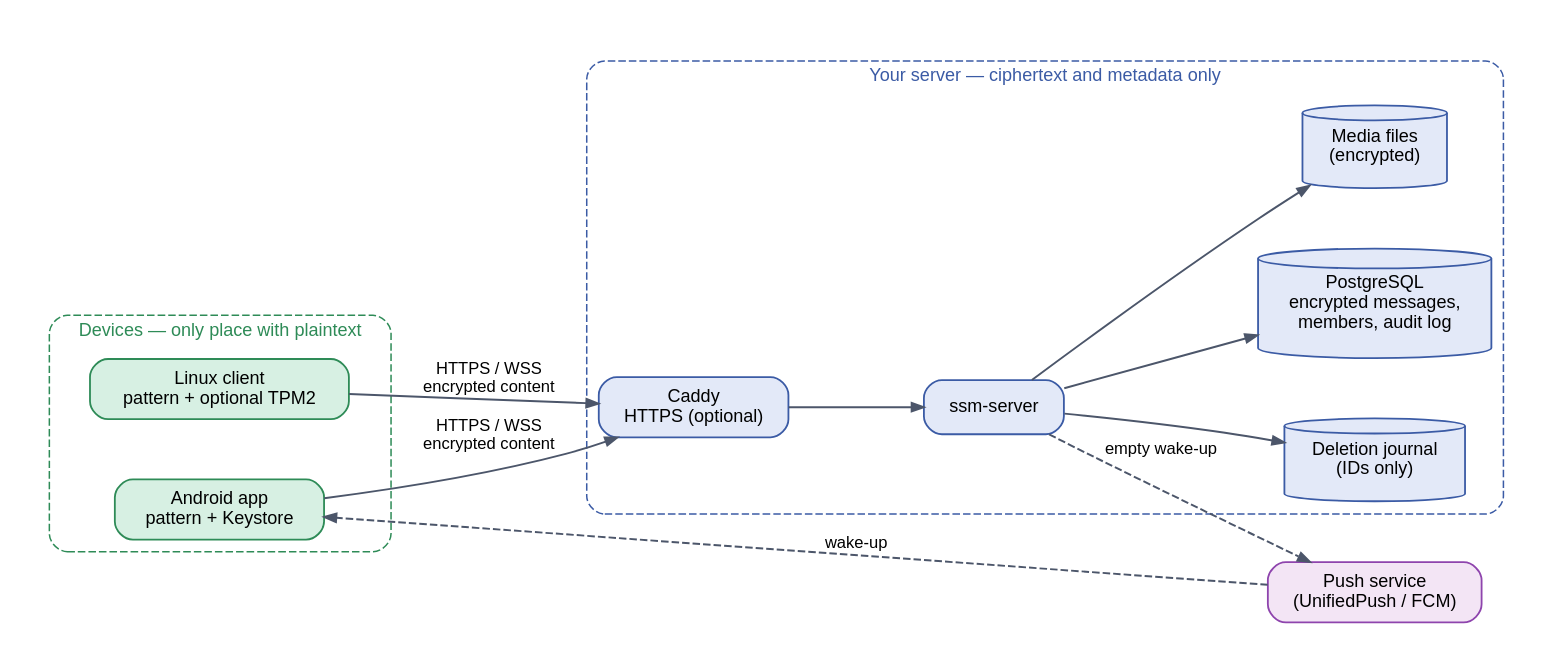
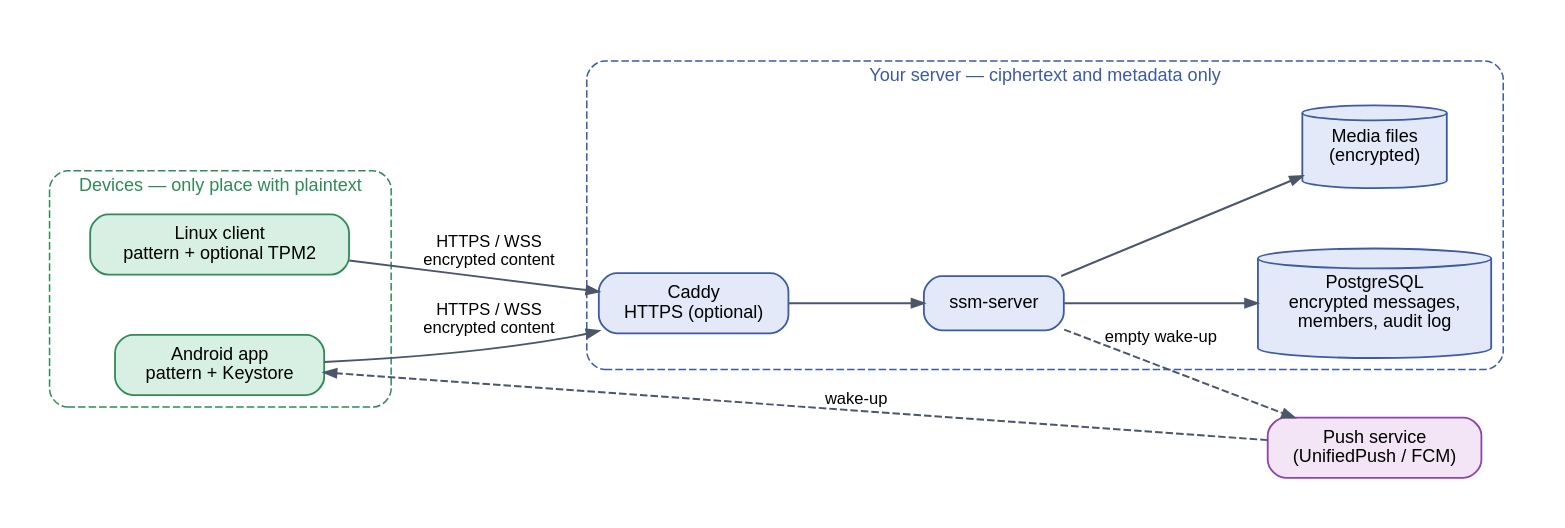
Before and after one commit to KsmBl/selfhosted-secure-messenger: the diagram in docs/diagrams/overview.dot, drawn with Graphviz. The commit also changed 34 other files, not shown here.

```diff
--- a/docs/diagrams/overview.dot
+++ b/docs/diagrams/overview.dot
@@ -1,24 +1,23 @@
 digraph G {
   graph [bgcolor="white", pad="0.35", nodesep="0.55", ranksep="0.6", fontname="Helvetica", fontsize=12 , rankdir=LR];
   node  [fontname="Helvetica", fontsize=12, shape=box, style="rounded,filled", color="#5c6370", penwidth=1.2, fillcolor="#eef1f6", margin="0.18,0.10"];
   edge  [fontname="Helvetica", fontsize=11, color="#4c566a", penwidth=1.3, arrowsize=0.8];
 
   subgraph cluster_dev { label="Devices — only place with plaintext"; style="rounded,dashed"; color="#2e8b57"; fontcolor="#2e8b57";
     phone [label="Android app\npattern + Keystore", fillcolor="#d7f0e3", color="#2e8b57"];
     pc    [label="Linux client\npattern + optional TPM2", fillcolor="#d7f0e3", color="#2e8b57"];
   }
   subgraph cluster_srv { label="Your server — ciphertext and metadata only"; style="rounded,dashed"; color="#3b5ba5"; fontcolor="#3b5ba5";
     caddy [label="Caddy\nHTTPS (optional)", fillcolor="#e3e9f8", color="#3b5ba5"];
     server [label="ssm-server", fillcolor="#e3e9f8", color="#3b5ba5"];
     db [label="PostgreSQL\nencrypted messages,\nmembers, audit log", shape=cylinder, fillcolor="#e3e9f8", color="#3b5ba5"];
     media [label="Media files\n(encrypted)", shape=cylinder, fillcolor="#e3e9f8", color="#3b5ba5"];
-    journal [label="Deletion journal\n(IDs only)", shape=cylinder, fillcolor="#e3e9f8", color="#3b5ba5"];
   }
   push [label="Push service\n(UnifiedPush / FCM)", fillcolor="#f3e5f5", color="#8e44ad"];
   phone -> caddy [label="HTTPS / WSS\nencrypted content"];
   pc -> caddy [label="HTTPS / WSS\nencrypted content"];
   caddy -> server;
-  server -> db; server -> media; server -> journal;
+  server -> db; server -> media;
   server -> push [label="empty wake-up", style=dashed];
   push -> phone [label="wake-up", style=dashed];
 }
```
